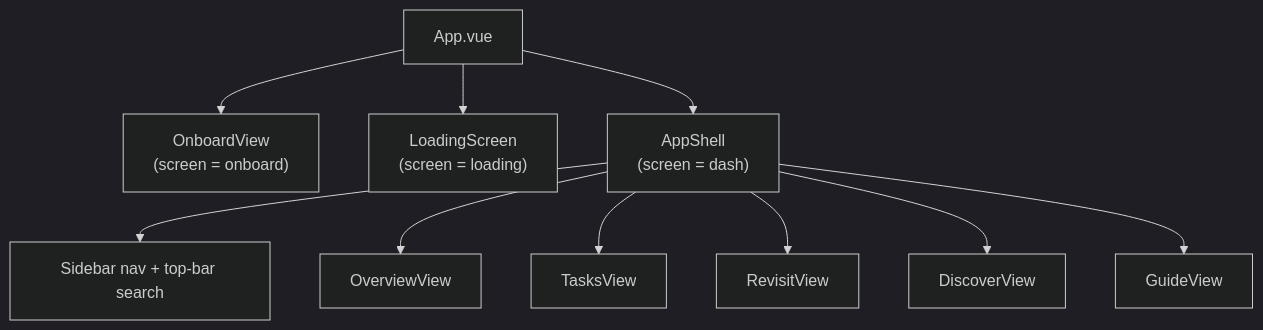
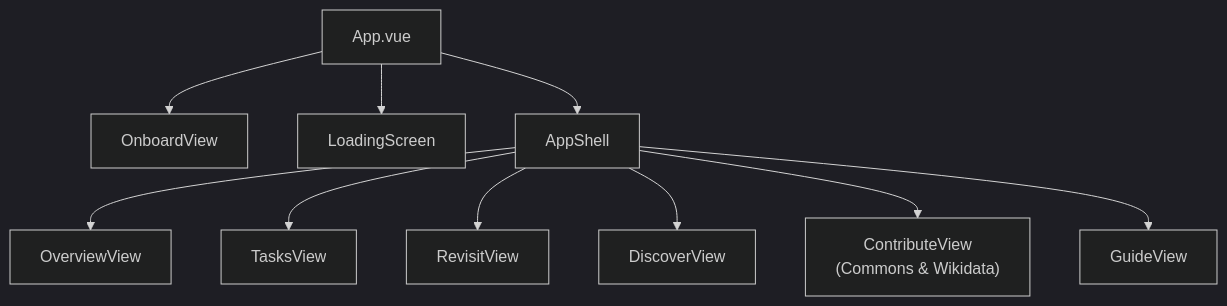
The first of 2 diagrams in wiki/Frontend-State.md (Wikimedians-of-Kerala-UG-Technical/Compass), drawn with Mermaid (dark theme) before and after one commit. The commit also changed other lines of this file and 16 other files, not shown here.

````diff
--- a/wiki/Frontend-State.md
+++ b/wiki/Frontend-State.md
@@ -12,12 +12,12 @@
 ```mermaid
 flowchart TB
-    App["App.vue"] --> O["OnboardView<br/>(screen = onboard)"]
-    App --> L["LoadingScreen<br/>(screen = loading)"]
-    App --> S["AppShell<br/>(screen = dash)"]
-    S --> N["Sidebar nav + top-bar search"]
+    App["App.vue"] --> O["OnboardView"]
+    App --> L["LoadingScreen"]
+    App --> S["AppShell"]
     S --> V1["OverviewView"]
     S --> V2["TasksView"]
     S --> V3["RevisitView"]
     S --> V4["DiscoverView"]
-    S --> V5["GuideView"]
+    S --> V5["ContributeView<br/>(Commons & Wikidata)"]
+    S --> V6["GuideView"]
 ```
````
